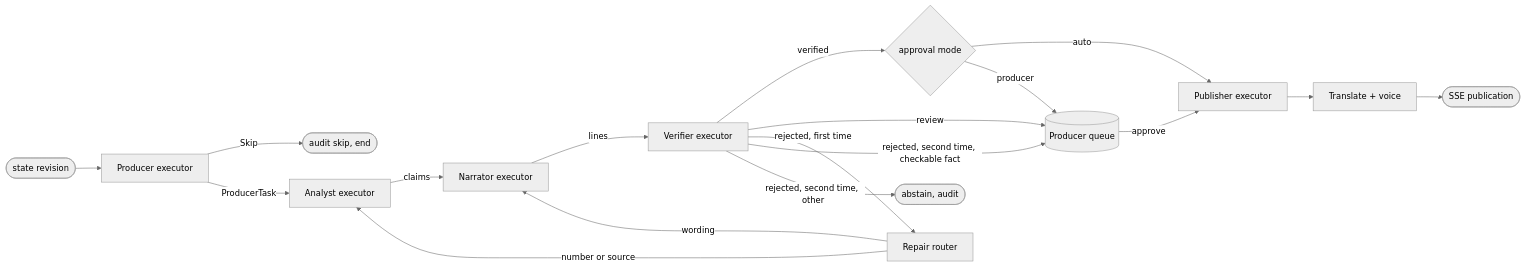
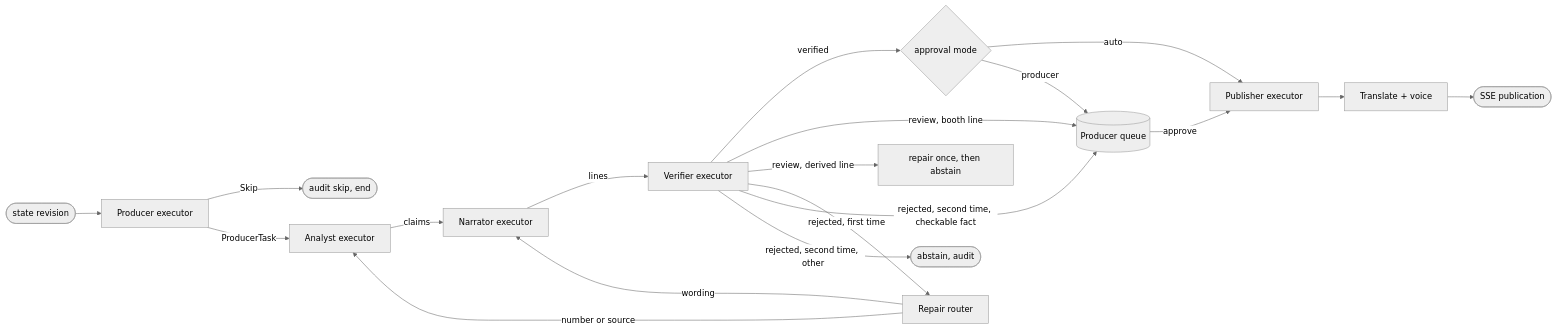
The diagram in docs/architecture/04-agents.md (Crafted-by-Akshay/matchcast), drawn with Mermaid (neutral theme) before and after one commit. The commit also changed other lines of this file and 15 other files, not shown here.

First line of the commit message:
AB#408 AB#413 AB#418 Verifier adversarial pass, repair and booth-only producer queue (#333)

````diff
--- a/docs/architecture/04-agents.md
+++ b/docs/architecture/04-agents.md
@@ -58,20 +58,21 @@
 ```mermaid
 flowchart LR
   ev([state revision]) --> P[Producer executor]
   P -- Skip --> X([audit skip, end])
   P -- ProducerTask --> AN[Analyst executor]
   AN -- claims --> N[Narrator executor]
   N -- lines --> V[Verifier executor]
   V -- verified --> G{approval mode}
-  V -- review --> Q[(Producer queue)]
+  V -- review, booth line --> Q[(Producer queue)]
+  V -- review, derived line --> R[repair once, then abstain]
   V -- rejected, first time --> RP[Repair router]
   RP -- number or source --> AN
   RP -- wording --> N
   V -- rejected, second time, checkable fact --> Q
   V -- rejected, second time, other --> AB([abstain, audit])
   G -- auto --> PUB[Publisher executor]
   G -- producer --> Q
   Q -- approve --> PUB
   PUB --> TR[Translate + voice]
   TR --> SSE([SSE publication])
 ```
````
